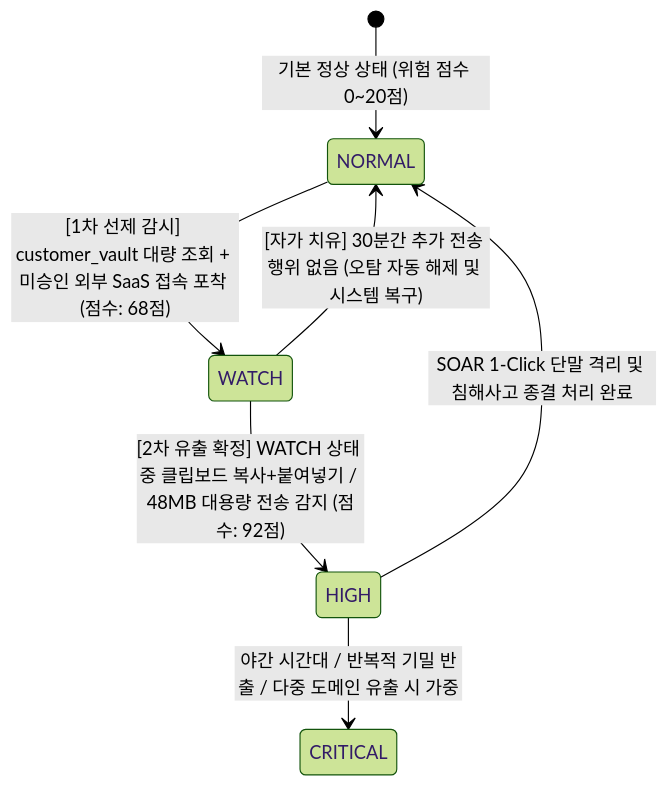
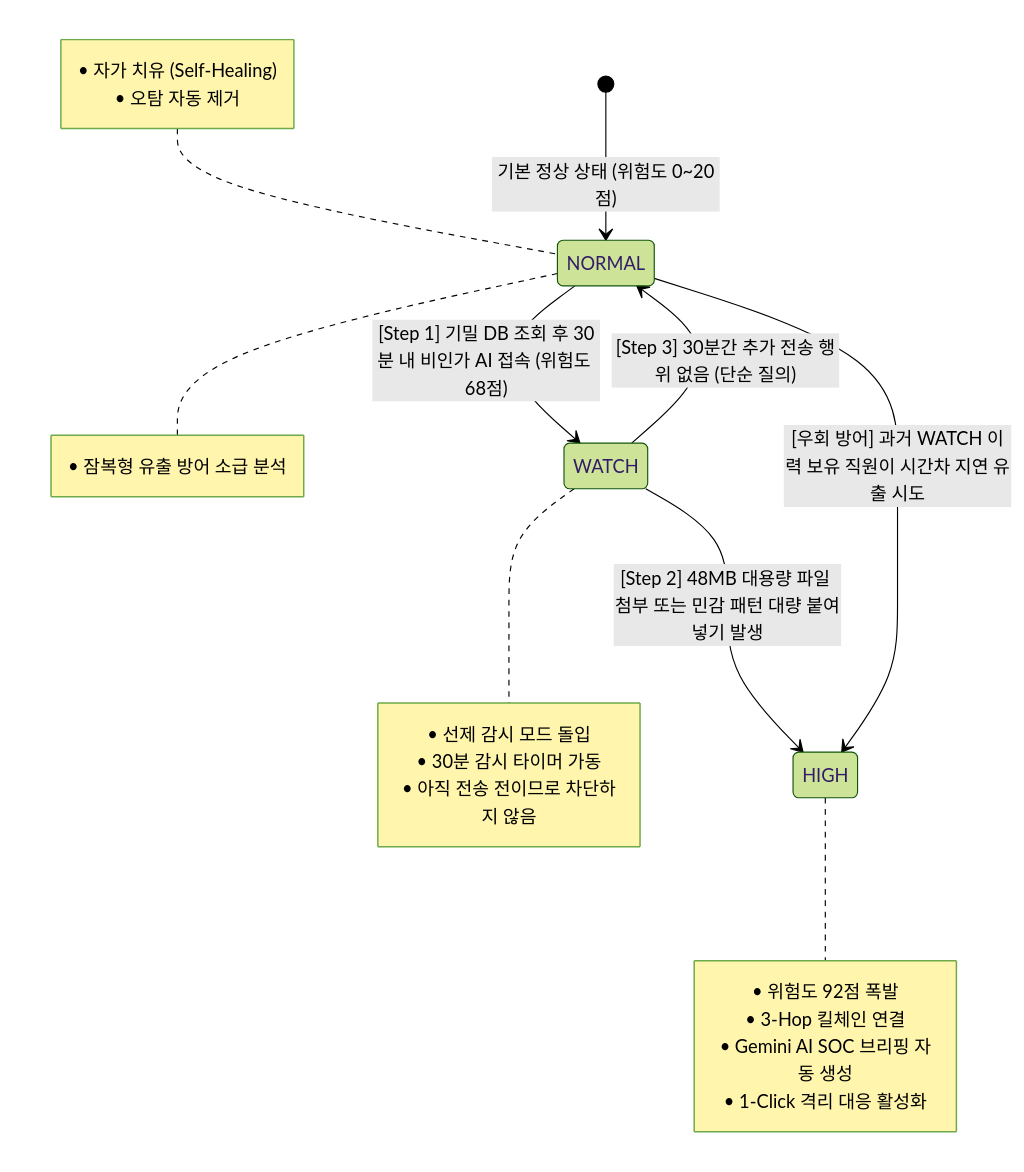
The first of 2 diagrams in README.md (dldaudlee36/GIGANG_SIM_TEST), drawn with Mermaid (forest theme) before and after one commit. The commit also changed other lines of this file and 150 other files, not shown here.

````diff
--- a/README.md
+++ b/README.md
@@ -54,9 +42,30 @@
 ```mermaid
 stateDiagram-v2
-    [*] --> NORMAL: 기본 정상 상태 (위험 점수 0~20점)
-    NORMAL --> WATCH: [1차 선제 감시] customer_vault 대량 조회 + 미승인 외부 SaaS 접속 포착 (점수: 68점)
-    WATCH --> HIGH: [2차 유출 확정] WATCH 상태 중 클립보드 복사+붙여넣기 / 48MB 대용량 전송 감지 (점수: 92점)
-    WATCH --> NORMAL: [자가 치유] 30분간 추가 전송 행위 없음 (오탐 자동 해제 및 시스템 복구)
-    HIGH --> CRITICAL: 야간 시간대 / 반복적 기밀 반출 / 다중 도메인 유출 시 가중
-    HIGH --> NORMAL: SOAR 1-Click 단말 격리 및 침해사고 종결 처리 완료
+    [*] --> NORMAL: 기본 정상 상태 (위험도 0~20점)
+    
+    NORMAL --> WATCH: [Step 1] 기밀 DB 조회 후 30분 내 비인가 AI 접속 (위험도 68점)
+    note right of WATCH
+        • 선제 감시 모드 돌입
+        • 30분 감시 타이머 가동
+        • 아직 전송 전이므로 차단하지 않음
+    end note
+
+    WATCH --> HIGH: [Step 2] 48MB 대용량 파일 첨부 또는 민감 패턴 대량 붙여넣기 발생
+    note right of HIGH
+        • 위험도 92점 폭발
+        • 3-Hop 킬체인 연결
+        • Gemini AI SOC 브리핑 자동 생성
+        • 1-Click 격리 대응 활성화
+    end note
+
+    WATCH --> NORMAL: [Step 3] 30분간 추가 전송 행위 없음 (단순 질의)
+    note left of NORMAL
+        • 자가 치유 (Self-Healing)
+        • 오탐 자동 제거
+    end note
+
+    NORMAL --> HIGH: [우회 방어] 과거 WATCH 이력 보유 직원이 시간차 지연 유출 시도
+    note right of NORMAL
+        • 잠복형 유출 방어 소급 분석
+    end note
 ```
````
